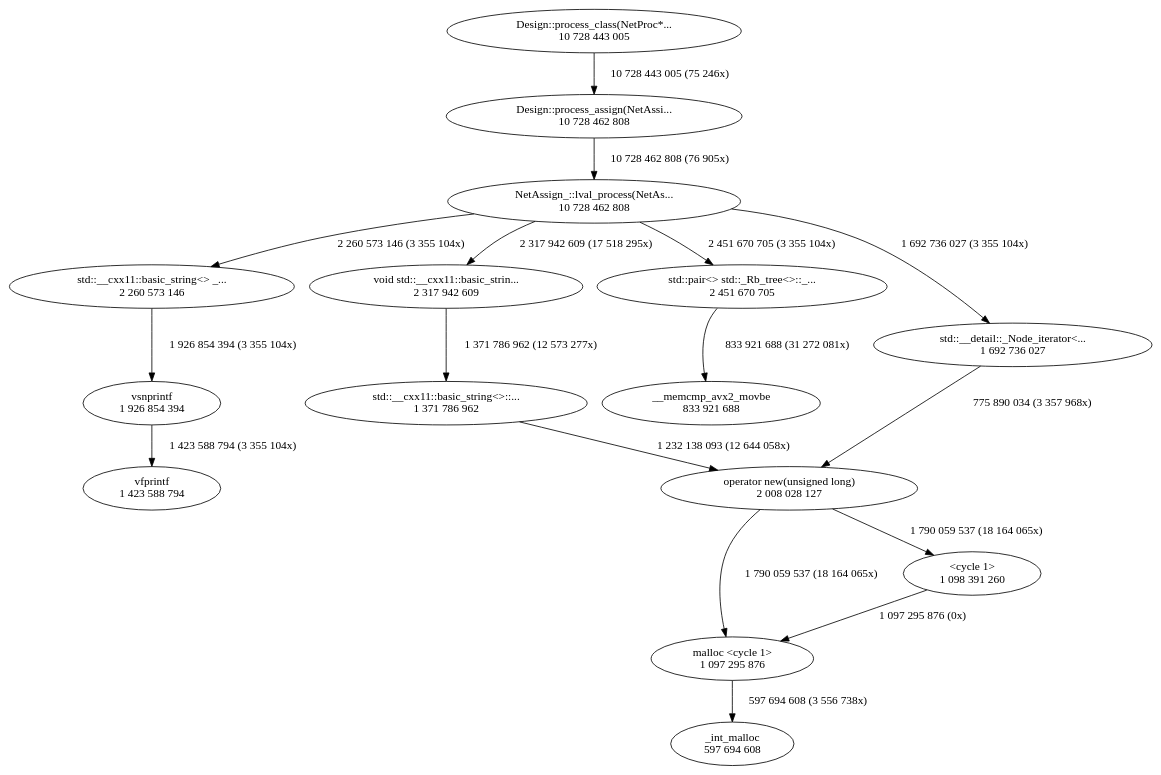
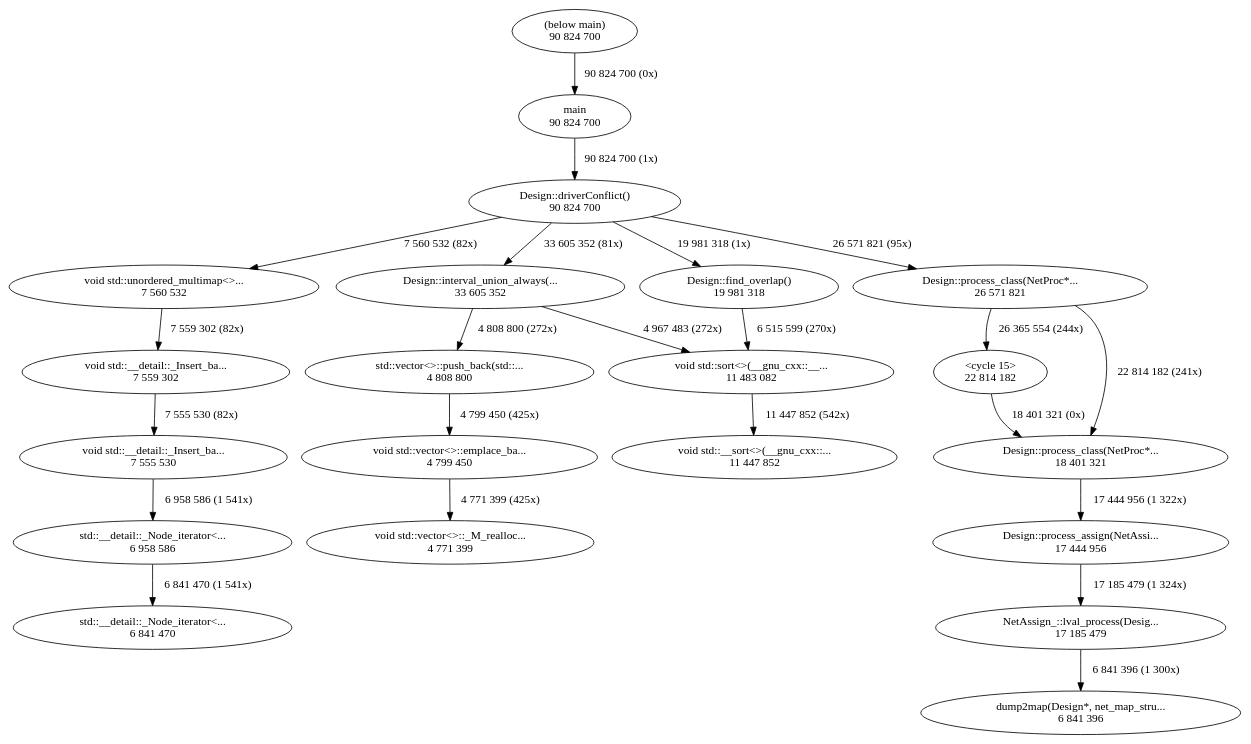
Before and after one commit to xinlnix/iverilog-test-case: the diagram in callgraph.dot, drawn with Graphviz. The commit also changed 162 other files, not shown here.

```diff
--- a/callgraph.dot
+++ b/callgraph.dot
@@ -1,33 +1,45 @@
 digraph "callgraph" {
-  F55faa94e07e0 [label="__memcmp_avx2_movbe\n833 921 688"];
-  F55faa94e2040 [label="vsnprintf\n1 926 854 394"];
-  F55faa94e2fd0 [label="vfprintf\n1 423 588 794"];
-  F55faa94fc090 [label="_int_malloc\n597 694 608"];
-  F55faa953ca10 [label="malloc <cycle 1>\n1 097 295 876"];
-  F55faa96126b0 [label="operator new(unsigned long)\n2 008 028 127"];
-  F55faa969cd80 [label="std::__cxx11::basic_string<> _...\n2 260 573 146"];
-  F55faa969d940 [label="void std::__cxx11::basic_strin...\n2 317 942 609"];
-  F55faa98597c0 [label="std::pair<> std::_Rb_tree<>::_...\n2 451 670 705"];
-  F55faa98622c0 [label="Design::process_assign(NetAssi...\n10 728 462 808"];
-  F55faa9862fc0 [label="Design::process_class(NetProc*...\n10 728 443 005"];
-  F55faa9866860 [label="NetAssign_::lval_process(NetAs...\n10 728 462 808"];
-  F55faa988fc70 [label="std::__detail::_Node_iterator<...\n1 692 736 027"];
-  F55faa98c7a20 [label="std::__cxx11::basic_string<>::...\n1 371 786 962"];
-  F55faa990b560 [label="<cycle 1>\n1 098 391 260"];
-  F55faa94e2040 -> F55faa94e2fd0 [weight=3,label="1 423 588 794 (3 355 104x)"];
-  F55faa953ca10 -> F55faa94fc090 [weight=3,label="597 694 608 (3 556 738x)"];
-  F55faa96126b0 -> F55faa953ca10 [weight=3,label="1 790 059 537 (18 164 065x)"];
-  F55faa96126b0 -> F55faa990b560 [weight=3,label="1 790 059 537 (18 164 065x)"];
-  F55faa969cd80 -> F55faa94e2040 [weight=3,label="1 926 854 394 (3 355 104x)"];
-  F55faa969d940 -> F55faa98c7a20 [weight=3,label="1 371 786 962 (12 573 277x)"];
-  F55faa98597c0 -> F55faa94e07e0 [weight=3,label="833 921 688 (31 272 081x)"];
-  F55faa98622c0 -> F55faa9866860 [weight=3,label="10 728 462 808 (76 905x)"];
-  F55faa9862fc0 -> F55faa98622c0 [weight=3,label="10 728 443 005 (75 246x)"];
-  F55faa9866860 -> F55faa969cd80 [weight=3,label="2 260 573 146 (3 355 104x)"];
-  F55faa9866860 -> F55faa969d940 [weight=3,label="2 317 942 609 (17 518 295x)"];
-  F55faa9866860 -> F55faa98597c0 [weight=3,label="2 451 670 705 (3 355 104x)"];
-  F55faa9866860 -> F55faa988fc70 [weight=3,label="1 692 736 027 (3 355 104x)"];
-  F55faa988fc70 -> F55faa96126b0 [weight=3,label="775 890 034 (3 357 968x)"];
-  F55faa98c7a20 -> F55faa96126b0 [weight=3,label="1 232 138 093 (12 644 058x)"];
-  F55faa990b560 -> F55faa953ca10 [weight=3,label="1 097 295 876 (0x)"];
+  F56250dd18130 [label="(below main)\n90 824 700"];
+  F56250df6bcd0 [label="Design::process_class(NetProc*...\n18 401 321"];
+  F56250df91880 [label="void std::unordered_multimap<>...\n7 560 532"];
+  F56250df92980 [label="void std::__detail::_Insert_ba...\n7 559 302"];
+  F56250e3acc80 [label="std::vector<>::push_back(std::...\n4 808 800"];
+  F56250e3afc10 [label="void std::vector<>::emplace_ba...\n4 799 450"];
+  F56250e4f4a30 [label="std::__detail::_Node_iterator<...\n6 958 586"];
+  F56250e4f6c20 [label="std::__detail::_Node_iterator<...\n6 841 470"];
+  F56250e71a950 [label="Design::process_assign(NetAssi...\n17 444 956"];
+  F56250e71c360 [label="NetAssign_::lval_process(Desig...\n17 185 479"];
+  F56250e71c930 [label="Design::interval_union_always(...\n33 605 352"];
+  F56250e71ff10 [label="void std::sort<>(__gnu_cxx::__...\n11 483 082"];
+  F56250e74fa40 [label="Design::process_class(NetProc*...\n26 571 821"];
+  F56250e75ce80 [label="Design::driverConflict()\n90 824 700"];
+  F56250e75f200 [label="Design::find_overlap()\n19 981 318"];
+  F56250ea695f0 [label="dump2map(Design*, net_map_stru...\n6 841 396"];
+  F56250eb62150 [label="void std::vector<>::_M_realloc...\n4 771 399"];
+  F56250eeae6a0 [label="main\n90 824 700"];
+  F56250eeee320 [label="void std::__sort<>(__gnu_cxx::...\n11 447 852"];
+  F56250efc7370 [label="void std::__detail::_Insert_ba...\n7 555 530"];
+  F56250f1e9de0 [label="<cycle 15>\n22 814 182"];
+  F56250dd18130 -> F56250eeae6a0 [weight=2,label="90 824 700 (0x)"];
+  F56250df6bcd0 -> F56250e71a950 [weight=2,label="17 444 956 (1 322x)"];
+  F56250df91880 -> F56250df92980 [weight=2,label="7 559 302 (82x)"];
+  F56250df92980 -> F56250efc7370 [weight=2,label="7 555 530 (82x)"];
+  F56250e3acc80 -> F56250e3afc10 [weight=2,label="4 799 450 (425x)"];
+  F56250e3afc10 -> F56250eb62150 [weight=2,label="4 771 399 (425x)"];
+  F56250e4f4a30 -> F56250e4f6c20 [weight=2,label="6 841 470 (1 541x)"];
+  F56250e71a950 -> F56250e71c360 [weight=2,label="17 185 479 (1 324x)"];
+  F56250e71c360 -> F56250ea695f0 [weight=2,label="6 841 396 (1 300x)"];
+  F56250e71c930 -> F56250e3acc80 [weight=2,label="4 808 800 (272x)"];
+  F56250e71c930 -> F56250e71ff10 [weight=2,label="4 967 483 (272x)"];
+  F56250e71ff10 -> F56250eeee320 [weight=2,label="11 447 852 (542x)"];
+  F56250e74fa40 -> F56250df6bcd0 [weight=2,label="22 814 182 (241x)"];
+  F56250e74fa40 -> F56250f1e9de0 [weight=2,label="26 365 554 (244x)"];
+  F56250e75ce80 -> F56250df91880 [weight=2,label="7 560 532 (82x)"];
+  F56250e75ce80 -> F56250e71c930 [weight=2,label="33 605 352 (81x)"];
+  F56250e75ce80 -> F56250e74fa40 [weight=2,label="26 571 821 (95x)"];
+  F56250e75ce80 -> F56250e75f200 [weight=2,label="19 981 318 (1x)"];
+  F56250e75f200 -> F56250e71ff10 [weight=2,label="6 515 599 (270x)"];
+  F56250eeae6a0 -> F56250e75ce80 [weight=2,label="90 824 700 (1x)"];
+  F56250efc7370 -> F56250e4f4a30 [weight=2,label="6 958 586 (1 541x)"];
+  F56250f1e9de0 -> F56250df6bcd0 [weight=2,label="18 401 321 (0x)"];
 }
```
